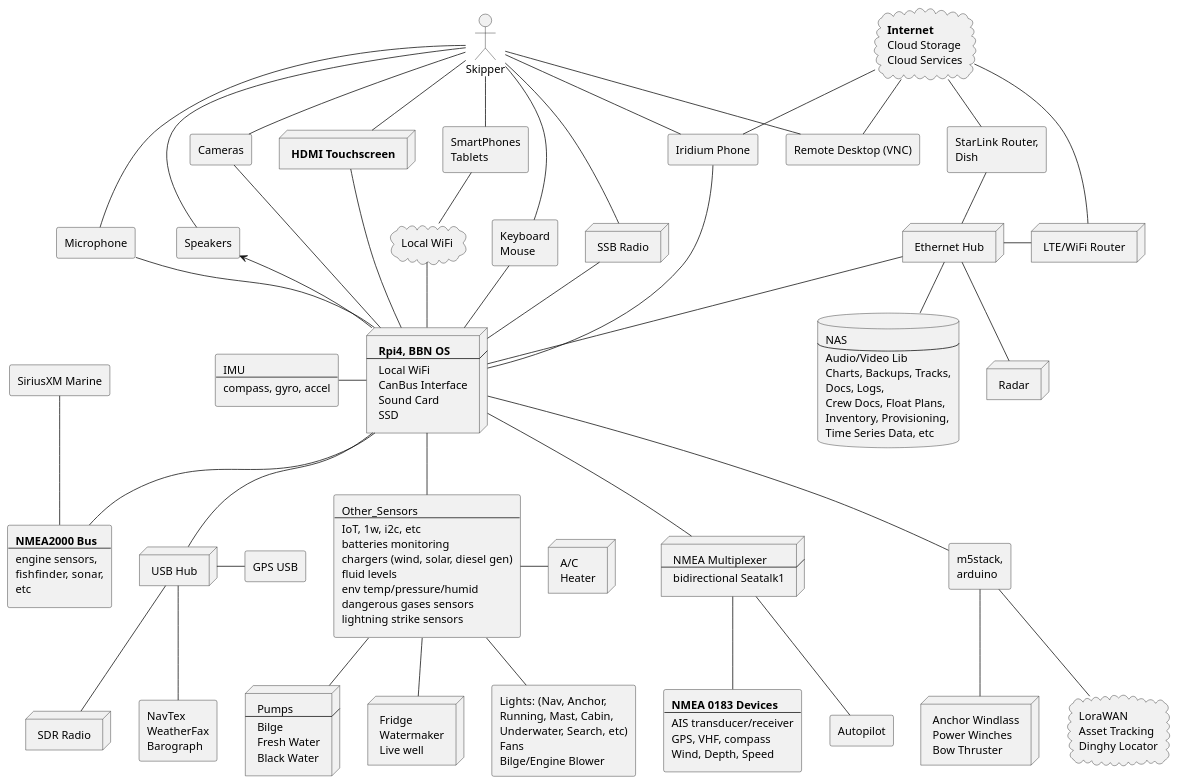
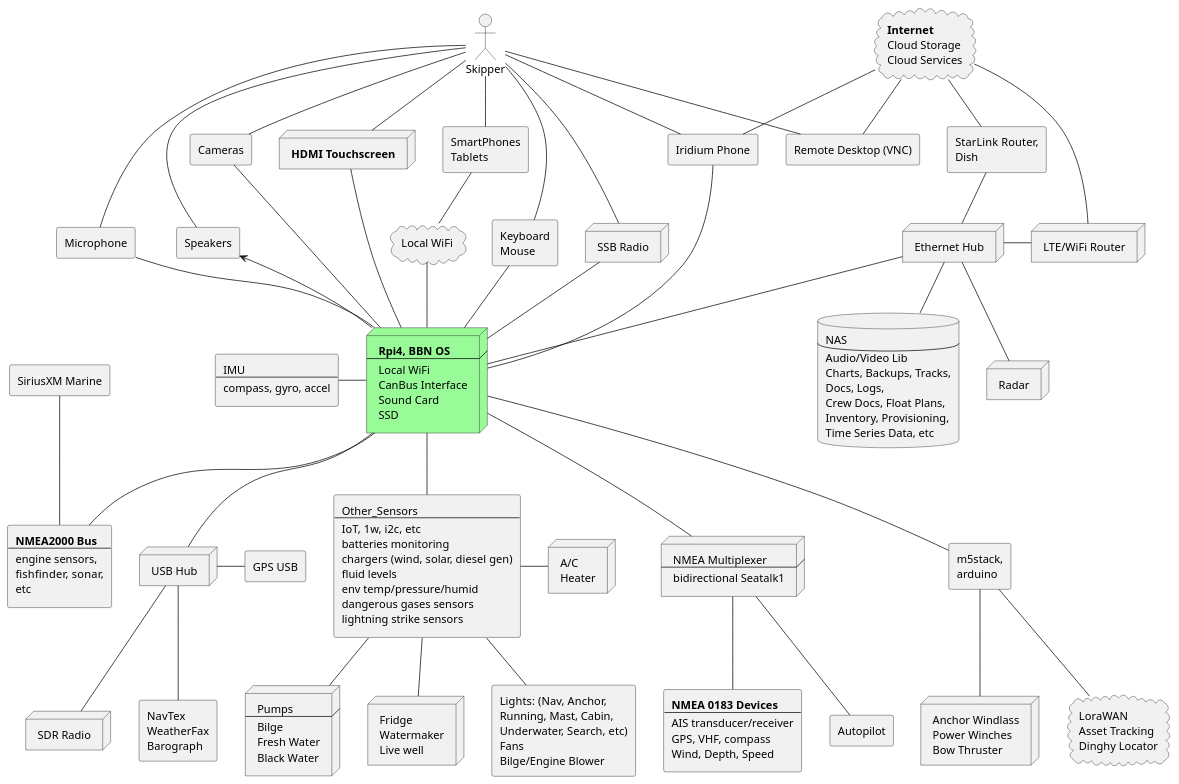
The diagram in docs/plantuml/system-arch.puml (bareboat-necessities/my-bareboat), drawn with PlantUML before and after one commit. The commit also changed 1 other file, not shown here.

Commit message:
better diagrams

```diff
--- a/docs/plantuml/system-arch.puml
+++ b/docs/plantuml/system-arch.puml
@@ -4,7 +4,7 @@
  Skipper
 ]
 
-node RPI [
+node RPI #palegreen [
  <b>Rpi4, BBN OS
  ----
  Local WiFi
```
